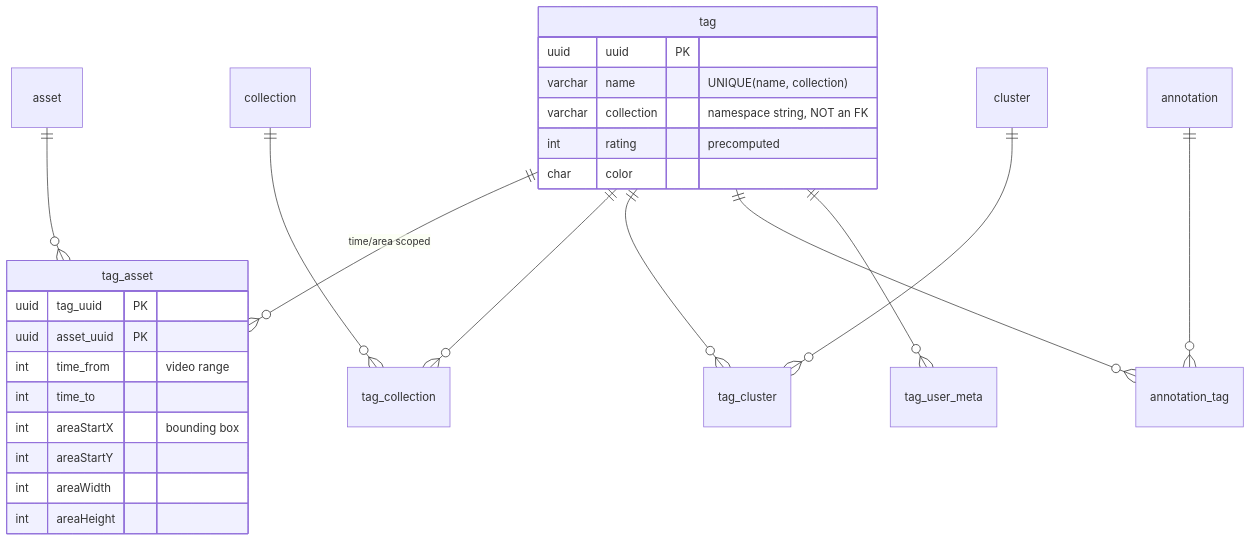
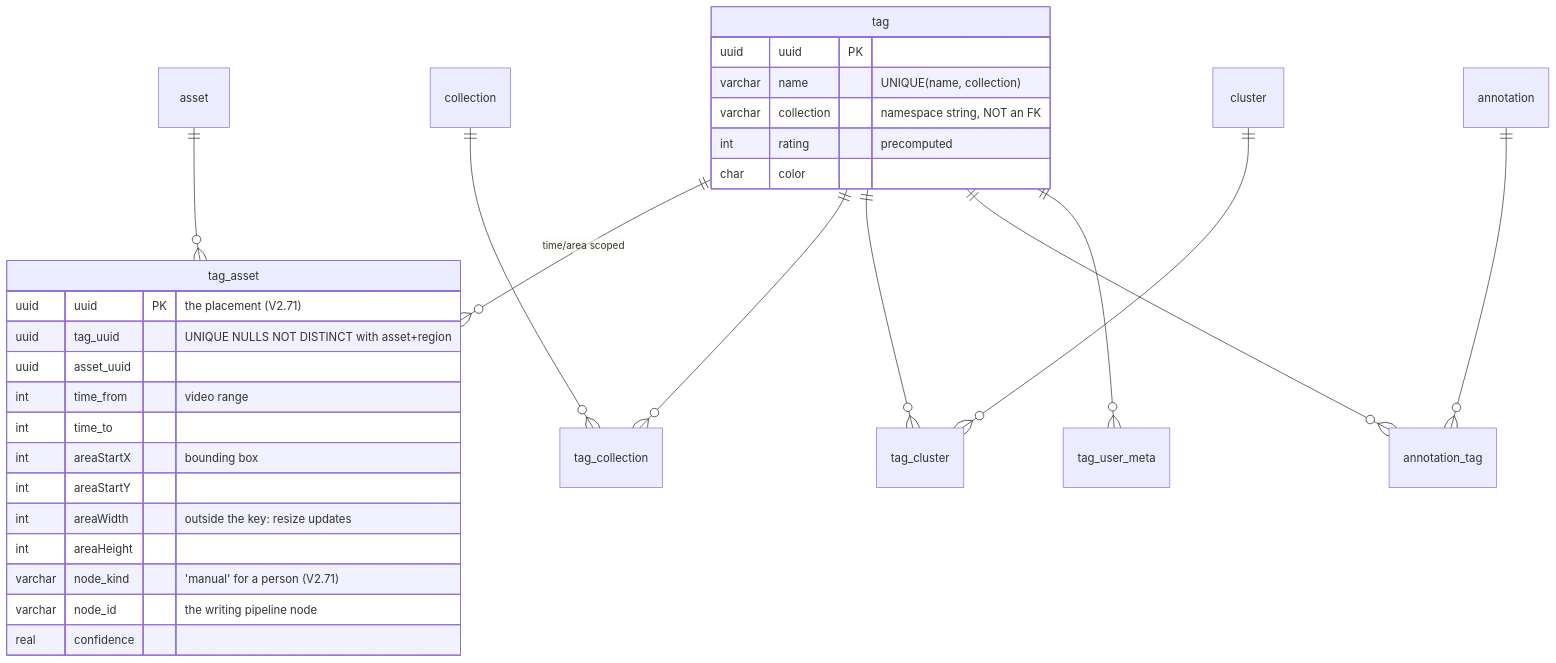
One commit to metaloom/metaloom changed the second of 4 diagrams in spec/loom/DOMAIN.md. Above: the diagram before and after it, drawn with Mermaid. The commit also changed other lines of this file and 60 other files, not shown here.

````diff
--- a/spec/loom/DOMAIN.md
+++ b/spec/loom/DOMAIN.md
@@ -329,30 +329,34 @@
 ```mermaid
 erDiagram
     tag ||--o{ tag_asset : "time/area scoped"
     asset ||--o{ tag_asset : ""
     tag ||--o{ tag_collection : ""
     collection ||--o{ tag_collection : ""
     tag ||--o{ tag_cluster : ""
     cluster ||--o{ tag_cluster : ""
     tag ||--o{ annotation_tag : ""
     annotation ||--o{ annotation_tag : ""
     tag ||--o{ tag_user_meta : ""
 
     tag {
         uuid uuid PK
         varchar name "UNIQUE(name, collection)"
         varchar collection "namespace string, NOT an FK"
         int rating "precomputed"
         char color
     }
     tag_asset {
-        uuid tag_uuid PK
-        uuid asset_uuid PK
+        uuid uuid PK "the placement (V2.71)"
+        uuid tag_uuid "UNIQUE NULLS NOT DISTINCT with asset+region"
+        uuid asset_uuid
         int time_from "video range"
         int time_to
         int areaStartX "bounding box"
         int areaStartY
-        int areaWidth
+        int areaWidth "outside the key: resize updates"
         int areaHeight
+        varchar node_kind "'manual' for a person (V2.71)"
+        varchar node_id "the writing pipeline node"
+        real confidence
     }
 ```
````
